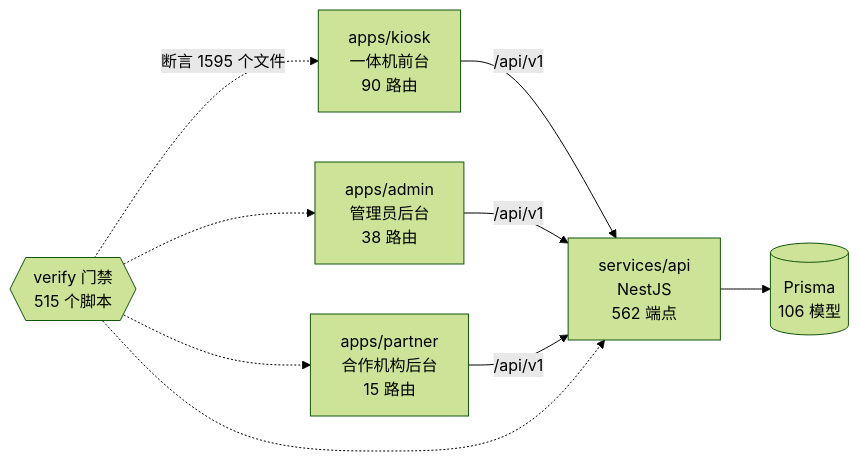
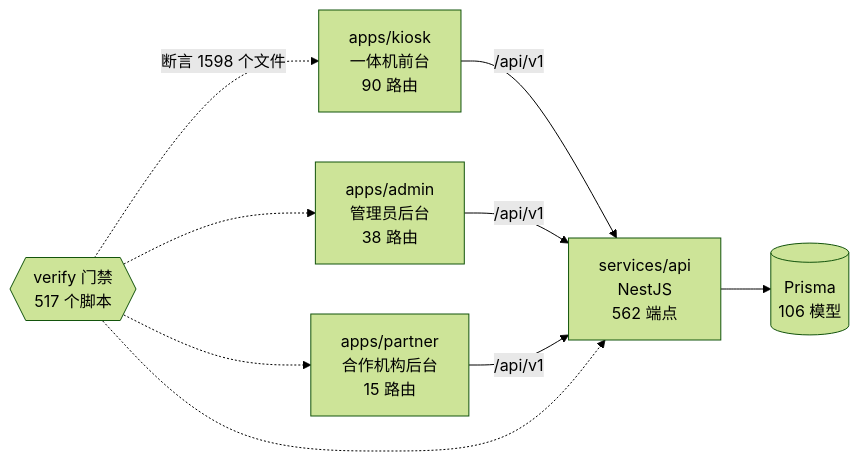
The diagram in docs/graph/README.md (wanglei581/YITIJI), drawn with Mermaid (forest theme) before and after one commit. The commit also changed other lines of this file and 2 other files, not shown here.

Commit message:
chore(graph): regenerate after pickup error coverage, kiosk session reporting and the 签名 rename

````diff
--- a/docs/graph/README.md
+++ b/docs/graph/README.md
@@ -68,18 +68,18 @@
 ```mermaid
 flowchart LR
   kiosk["apps/kiosk<br/>一体机前台<br/>90 路由"]
   admin["apps/admin<br/>管理员后台<br/>38 路由"]
   partner["apps/partner<br/>合作机构后台<br/>15 路由"]
   api["services/api<br/>NestJS<br/>562 端点"]
   db[("Prisma<br/>106 模型")]
-  gates{{"verify 门禁<br/>515 个脚本"}}
+  gates{{"verify 门禁<br/>517 个脚本"}}
 
   kiosk -->|"/api/v1"| api
   admin -->|"/api/v1"| api
   partner -->|"/api/v1"| api
   api --> db
-  gates -.->|"断言 1595 个文件"| kiosk
+  gates -.->|"断言 1598 个文件"| kiosk
   gates -.-> admin
   gates -.-> partner
   gates -.-> api
 ```
````
